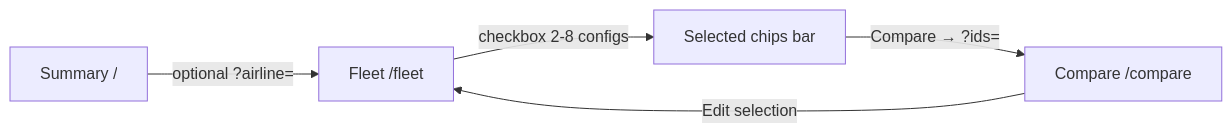
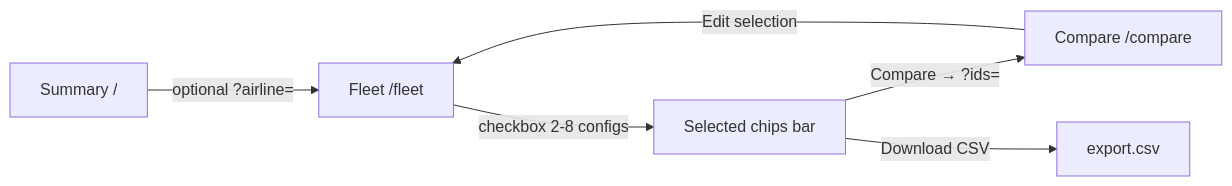
One commit to ongsterr/airline-benchmarking changed the second of 2 diagrams in docs/architecture.md. Above: the diagram before and after it, drawn with Mermaid. The commit also changed other lines of this file and 2 other files, not shown here.

Commit message:
docs: update architecture docs with latest updates + favicon

````diff
--- a/docs/architecture.md
+++ b/docs/architecture.md
@@ -246,7 +278,8 @@
 ```mermaid
 flowchart LR
     Summary["Summary /"] -->|"optional ?airline="| Fleet["Fleet /fleet"]
     Fleet -->|"checkbox 2-8 configs"| ChipsBar["Selected chips bar"]
     ChipsBar -->|"Compare → ?ids="| Compare["Compare /compare"]
+    ChipsBar -->|"Download CSV"| Export["export.csv"]
     Compare -->|"Edit selection"| Fleet
 ```
````
